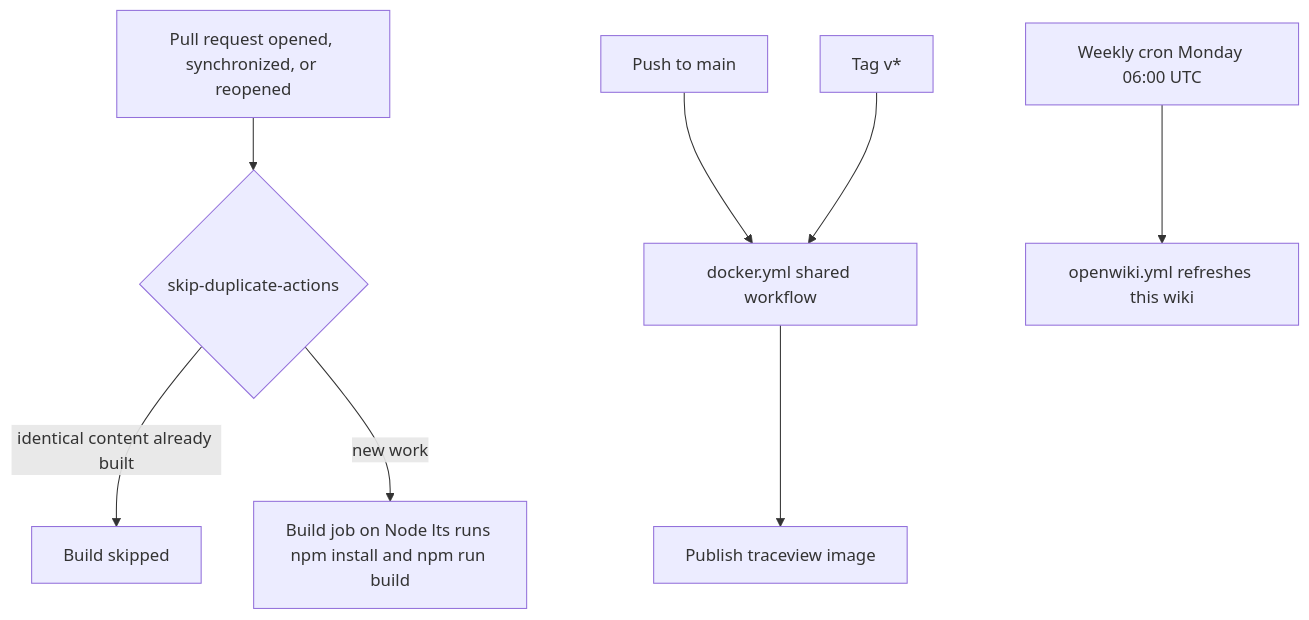
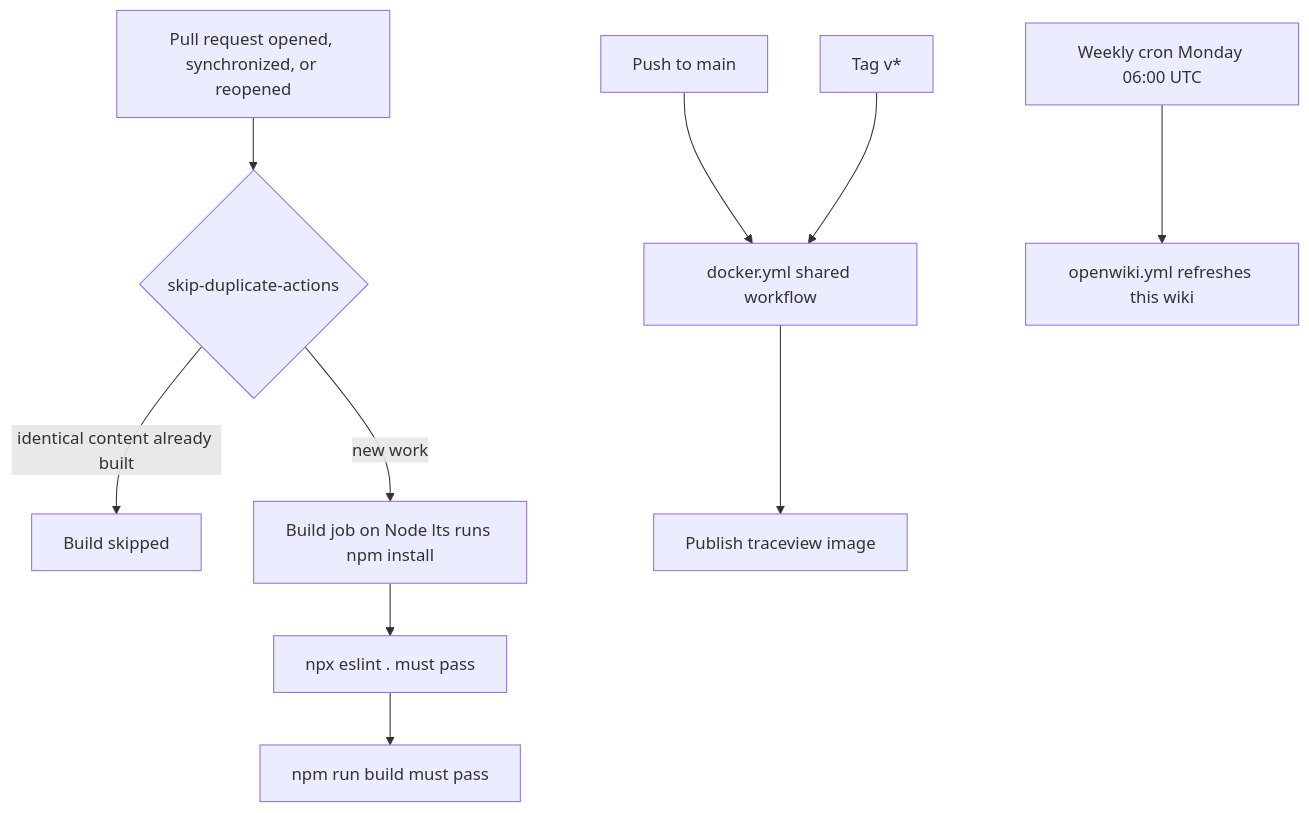
One commit to ardoco/traceview-v2 changed the diagram in openwiki/operations.md. Above: the diagram before and after it, drawn with Mermaid. The commit also changed other lines of this file and 23 other files, not shown here.

````diff
--- a/openwiki/operations.md
+++ b/openwiki/operations.md
@@ -132,10 +137,12 @@
 ```mermaid
 flowchart TD
     PR["Pull request opened, synchronized, or reopened"] --> SKIP{"skip-duplicate-actions"}
     SKIP -->|"identical content already built"| OUT["Build skipped"]
-    SKIP -->|"new work"| BUILD["Build job on Node lts runs npm install and npm run build"]
+    SKIP -->|"new work"| INSTALL["Build job on Node lts runs npm install"]
+    INSTALL --> LINT["npx eslint . must pass"]
+    LINT --> BUILD["npm run build must pass"]
     MAIN["Push to main"] --> DK["docker.yml shared workflow"]
     TAG["Tag v*"] --> DK
     DK --> IMG["Publish traceview image"]
     CRON["Weekly cron Monday 06:00 UTC"] --> WIKI["openwiki.yml refreshes this wiki"]
 ```
````
